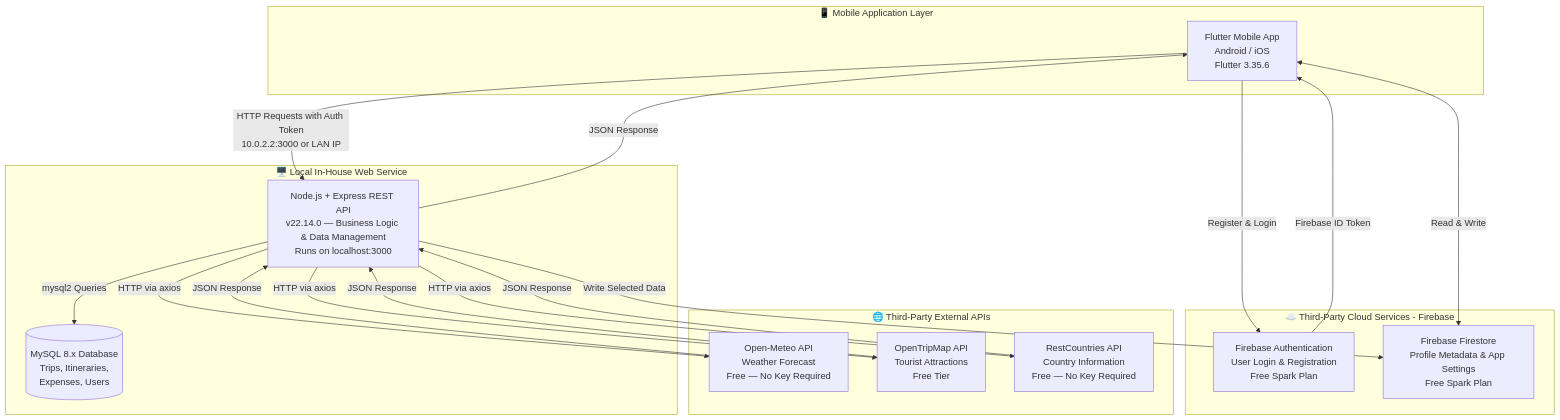
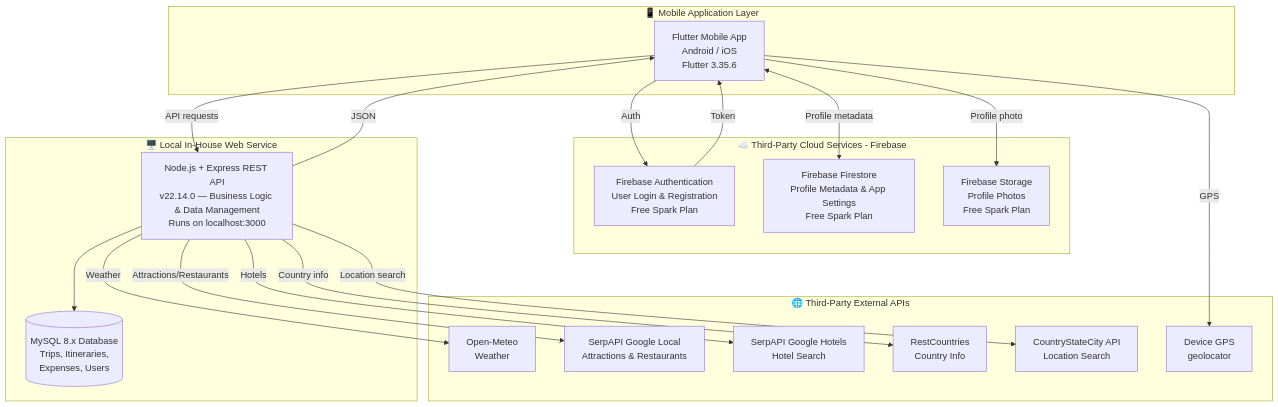
Before and after one commit to taiga2921/ICT632_smart_travel_planner: the first of 2 diagrams in docs/system-architecture.md, drawn with Mermaid. The commit also changed other lines of this file, not shown here.

````diff
--- a/docs/system-architecture.md
+++ b/docs/system-architecture.md
@@ -479,36 +487,40 @@
 ```mermaid
 flowchart TD
     subgraph Mobile["📱 Mobile Application Layer"]
         A[Flutter Mobile App\nAndroid / iOS\nFlutter 3.35.6]
     end
 
     subgraph Firebase["☁️ Third-Party Cloud Services - Firebase"]
         B[Firebase Authentication\nUser Login & Registration\nFree Spark Plan]
         H[Firebase Firestore\nProfile Metadata & App Settings\nFree Spark Plan]
+        FS[Firebase Storage\nProfile Photos\nFree Spark Plan]
     end
 
     subgraph Backend["🖥️ Local In-House Web Service"]
         C[Node.js + Express REST API\nv22.14.0 — Business Logic & Data Management\nRuns on localhost:3000]
         D[(MySQL 8.x Database\nTrips, Itineraries,\nExpenses, Users)]
     end
 
     subgraph ExternalAPIs["🌐 Third-Party External APIs"]
-        E[Open-Meteo API\nWeather Forecast\nFree — No Key Required]
-        F[OpenTripMap API\nTourist Attractions\nFree Tier]
-        G[RestCountries API\nCountry Information\nFree — No Key Required]
+        E[Open-Meteo\nWeather]
+        F[SerpAPI Google Local\nAttractions & Restaurants]
+        FH[SerpAPI Google Hotels\nHotel Search]
+        G[RestCountries\nCountry Info]
+        L[CountryStateCity API\nLocation Search]
+        GEO[Device GPS\ngeolocator]
     end
 
-    A -->|Register & Login| B
-    B -->|Firebase ID Token| A
-    A -->|HTTP Requests with Auth Token\n10.0.2.2:3000 or LAN IP| C
-    C -->|mysql2 Queries| D
-    C -->|HTTP via axios| E
-    C -->|HTTP via axios| F
-    C -->|HTTP via axios| G
-    A <-->|Read & Write| H
-    C -->|Write Selected Data| H
-    E -->|JSON Response| C
-    F -->|JSON Response| C
-    G -->|JSON Response| C
-    C -->|JSON Response| A
+    A -->|Auth| B
+    A -->|Profile photo| FS
+    A <-->|Profile metadata| H
+    A -->|API requests| C
+    A -->|GPS| GEO
+    C --> D
+    C -->|Weather| E
+    C -->|Attractions/Restaurants| F
+    C -->|Hotels| FH
+    C -->|Country info| G
+    C -->|Location search| L
+    B -->|Token| A
+    C -->|JSON| A
 ```
````
